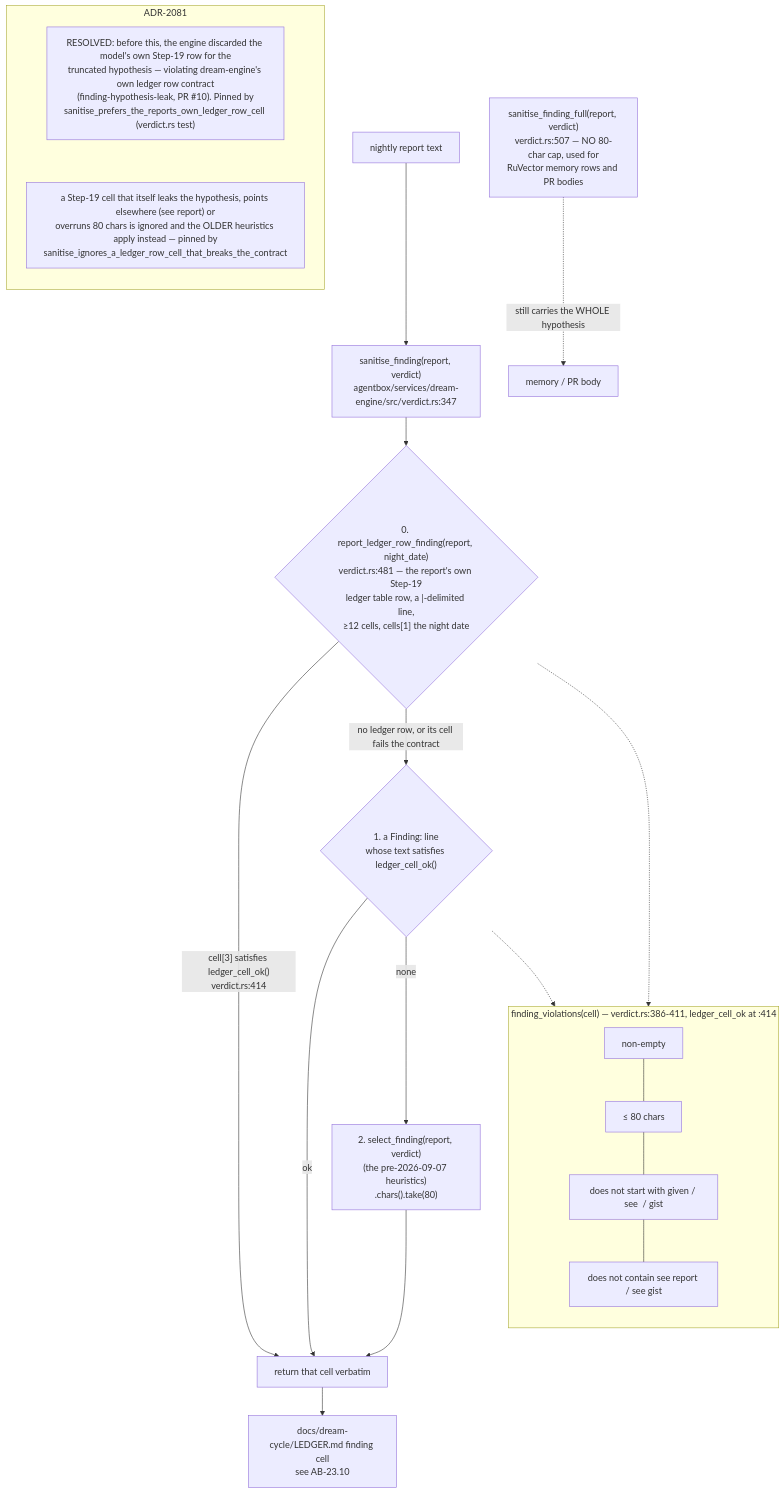
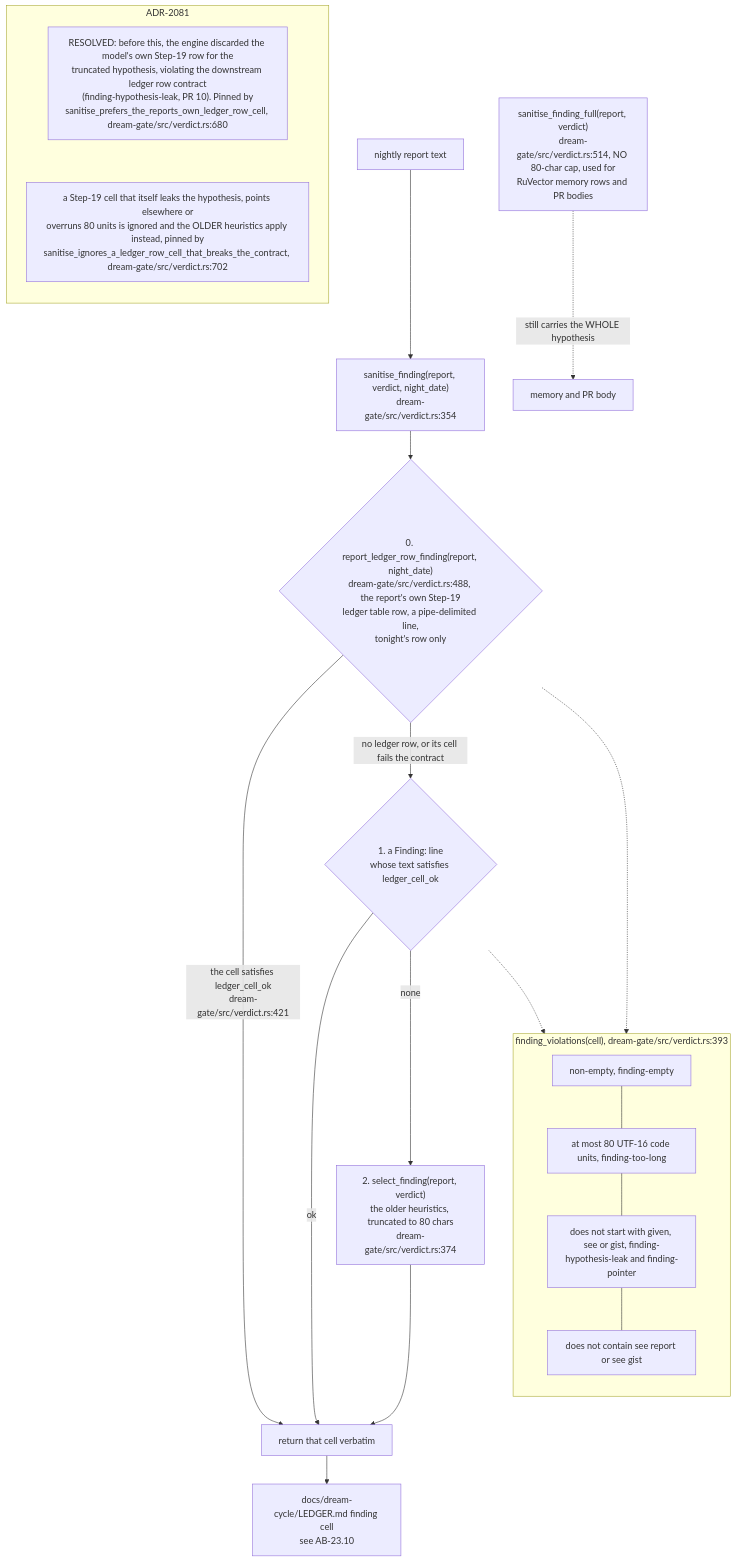
Before and after one commit to DreamLab-AI/VisionFlow: diagram 14 of 20 in docs/diagrams/agentbox/23-dream-engine.md, drawn with Mermaid. The commit also changed other lines of this file and 12 other files, not shown here.

First line of the commit message:
docs(diagrams): map the dream-engine extraction (AB-23, ES-05, ES-90, new DE area)

````diff
--- a/docs/diagrams/agentbox/23-dream-engine.md
+++ b/docs/diagrams/agentbox/23-dream-engine.md
@@ -794,28 +739,28 @@
 ```mermaid
 flowchart TB
-    R["nightly report text"] --> SF["sanitise_finding#40;report, verdict#41;<br/>agentbox/services/dream-engine/src/verdict.rs:347"]
-    SF --> Q0{"0. report_ledger_row_finding#40;report, night_date#41;<br/>verdict.rs:481 — the report's own Step-19<br/>ledger table row, a #124;-delimited line,<br/>&ge;12 cells, cells#91;1#93; the night date"}
-    Q0 -->|"cell#91;3#93; satisfies ledger_cell_ok#40;#41;<br/>verdict.rs:414"| CELL["return that cell verbatim"]
-    Q0 -->|"no ledger row, or its cell fails the contract"| Q1{"1. a Finding: line<br/>whose text satisfies ledger_cell_ok#40;#41;"}
+    R["nightly report text"] --> SF["sanitise_finding(report, verdict, night_date)<br/>dream-gate/src/verdict.rs:354"]
+    SF --> Q0{"0. report_ledger_row_finding(report, night_date)<br/>dream-gate/src/verdict.rs:488, the report's own Step-19<br/>ledger table row, a pipe-delimited line,<br/>tonight's row only"}
+    Q0 -->|"the cell satisfies ledger_cell_ok<br/>dream-gate/src/verdict.rs:421"| CELL["return that cell verbatim"]
+    Q0 -->|"no ledger row, or its cell fails the contract"| Q1{"1. a Finding: line<br/>whose text satisfies ledger_cell_ok"}
     Q1 -->|"ok"| CELL
-    Q1 -->|"none"| Q2["2. select_finding#40;report, verdict#41;<br/>#40;the pre-2026-09-07 heuristics#41;<br/>.chars#40;#41;.take#40;80#41;"]
+    Q1 -->|"none"| Q2["2. select_finding(report, verdict)<br/>the older heuristics, truncated to 80 chars<br/>dream-gate/src/verdict.rs:374"]
     Q2 --> CELL
-    subgraph contract["finding_violations#40;cell#41; — verdict.rs:386-411, ledger_cell_ok at :414"]
+    subgraph contract["finding_violations(cell), dream-gate/src/verdict.rs:393"]
         direction TB
-        C1["non-empty"]
-        C2["&le; 80 chars"]
-        C3["does not start with given / see  / gist"]
-        C4["does not contain see report / see gist"]
+        C1["non-empty, finding-empty"]
+        C2["at most 80 UTF-16 code units, finding-too-long"]
+        C3["does not start with given, see or gist, finding-hypothesis-leak and finding-pointer"]
+        C4["does not contain see report or see gist"]
         C1 --- C2 --- C3 --- C4
     end
     Q0 -.-> contract
     Q1 -.-> contract
     CELL --> LEDGER["docs/dream-cycle/LEDGER.md finding cell<br/>see AB-23.10"]
-    FULL["sanitise_finding_full#40;report, verdict#41;<br/>verdict.rs:507 — NO 80-char cap, used for<br/>RuVector memory rows and PR bodies"] -.->|"still carries the WHOLE hypothesis"| MEM["memory / PR body"]
+    FULL["sanitise_finding_full(report, verdict)<br/>dream-gate/src/verdict.rs:514, NO 80-char cap, used for<br/>RuVector memory rows and PR bodies"] -.->|"still carries the WHOLE hypothesis"| MEM["memory and PR body"]
     subgraph notes["ADR-2081"]
         direction TB
-        N1["RESOLVED: before this, the engine discarded the model's own Step-19 row for the<br/>truncated hypothesis — violating dream-engine's own ledger row contract<br/>#40;finding-hypothesis-leak, PR #10#41;. Pinned by<br/>sanitise_prefers_the_reports_own_ledger_row_cell #40;verdict.rs test#41;"]
-        N2["a Step-19 cell that itself leaks the hypothesis, points elsewhere #40;see report#41; or<br/>overruns 80 chars is ignored and the OLDER heuristics apply instead — pinned by<br/>sanitise_ignores_a_ledger_row_cell_that_breaks_the_contract"]
+        N1["RESOLVED: before this, the engine discarded the model's own Step-19 row for the<br/>truncated hypothesis, violating the downstream ledger row contract<br/>(finding-hypothesis-leak, PR 10). Pinned by<br/>sanitise_prefers_the_reports_own_ledger_row_cell, dream-gate/src/verdict.rs:680"]
+        N2["a Step-19 cell that itself leaks the hypothesis, points elsewhere or<br/>overruns 80 units is ignored and the OLDER heuristics apply instead, pinned by<br/>sanitise_ignores_a_ledger_row_cell_that_breaks_the_contract, dream-gate/src/verdict.rs:702"]
         N1 ~~~ N2
     end
 ```
````
